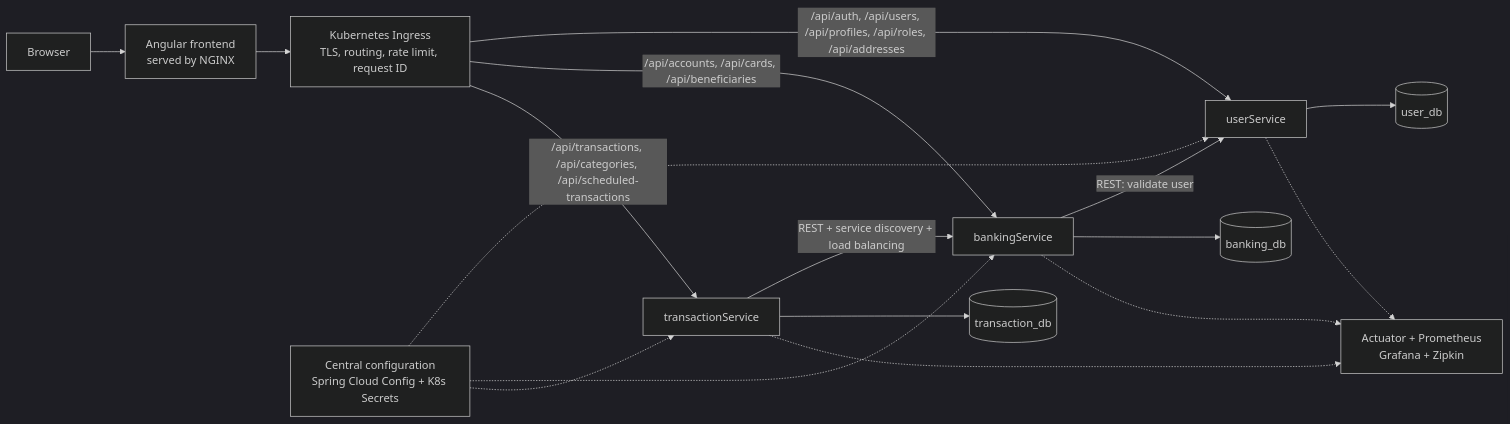
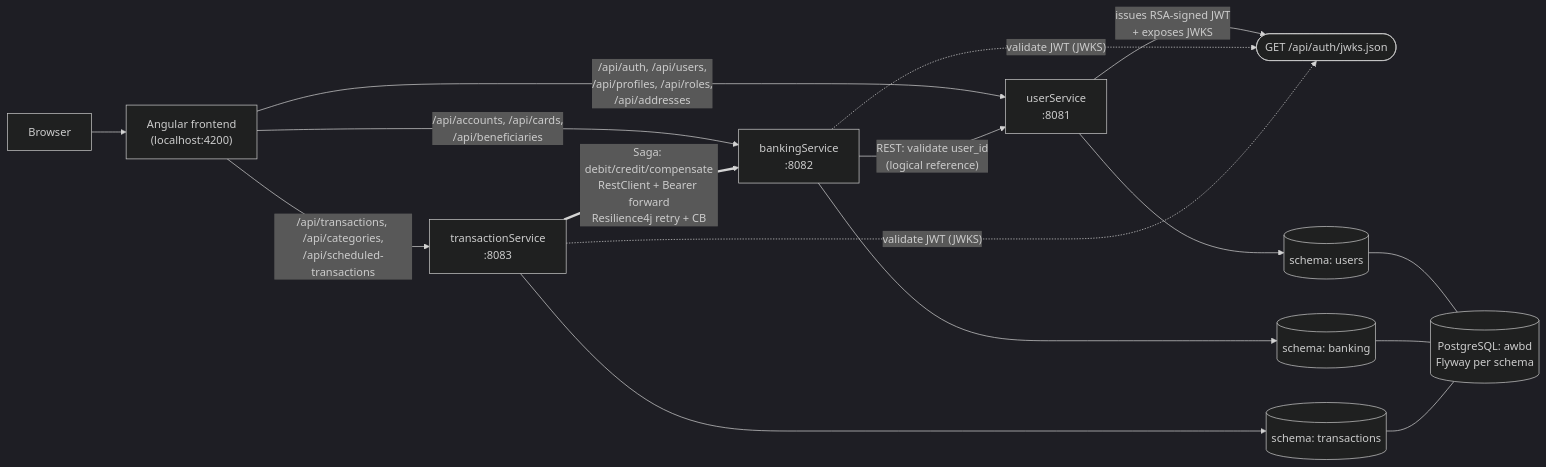
Before and after one commit to AlexGhena/proiect_AWBD: the first of 4 diagrams in README.md, drawn with Mermaid (dark theme). The commit also changed other lines of this file, not shown here.

````diff
--- a/README.md
+++ b/README.md
@@ -26,24 +30,20 @@
 ```mermaid
 flowchart LR
-    Browser["Browser"] --> Angular["Angular frontend\nserved by NGINX"]
-    Angular --> Ingress["Kubernetes Ingress\nTLS, routing, rate limit, request ID"]
+    Browser["Browser"] --> Angular["Angular frontend<br/>(localhost:4200)"]
 
-    Ingress -->|"/api/auth, /api/users, /api/profiles, /api/roles, /api/addresses"| US["userService"]
-    Ingress -->|"/api/accounts, /api/cards, /api/beneficiaries"| BS["bankingService"]
-    Ingress -->|"/api/transactions, /api/categories, /api/scheduled-transactions"| TS["transactionService"]
+    Angular -->|"/api/auth, /api/users,<br/>/api/profiles, /api/roles,<br/>/api/addresses"| US["userService<br/>:8081"]
+    Angular -->|"/api/accounts, /api/cards,<br/>/api/beneficiaries"| BS["bankingService<br/>:8082"]
+    Angular -->|"/api/transactions, /api/categories,<br/>/api/scheduled-transactions"| TS["transactionService<br/>:8083"]
 
-    TS -->|"REST + service discovery + load balancing"| BS
-    BS -->|"REST: validate user"| US
+    US -->|"issues RSA-signed JWT<br/>+ exposes JWKS"| JWKS(["GET /api/auth/jwks.json"])
+    BS -. "validate JWT (JWKS)" .-> JWKS
+    TS -. "validate JWT (JWKS)" .-> JWKS
 
-    US --> UDB[("user_db")]
-    BS --> BDB[("banking_db")]
-    TS --> TDB[("transaction_db")]
+    TS ==>|"Saga: debit/credit/compensate<br/>RestClient + Bearer forward<br/>Resilience4j retry + CB"| BS
+    BS -->|"REST: validate user_id<br/>(logical reference)"| US
 
-    Config["Central configuration\nSpring Cloud Config + K8s Secrets"] -.-> US
-    Config -.-> BS
-    Config -.-> TS
-
-    US -.-> Obs["Actuator + Prometheus\nGrafana + Zipkin"]
-    BS -.-> Obs
-    TS -.-> Obs
+    US --> UDB[("schema: users")]
+    BS --> BDB[("schema: banking")]
+    TS --> TDB[("schema: transactions")]
+    UDB & BDB & TDB --- PG[("PostgreSQL: awbd<br/>Flyway per schema")]
 ```
````
